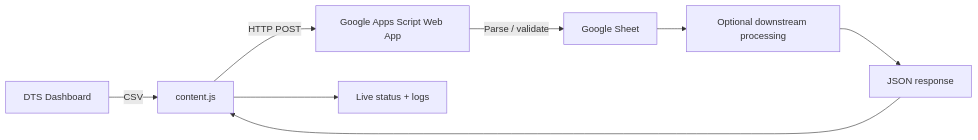
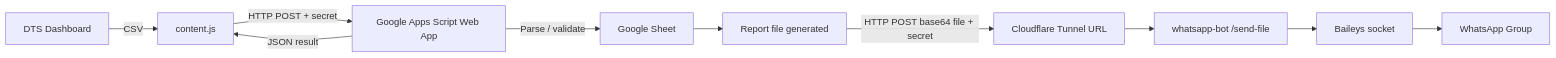
The fourth of 4 diagrams in README.md (sheerazautomate/dtsextension), drawn with Mermaid before and after one commit. The commit also changed other lines of this file, not shown here.

````diff
--- a/README.md
+++ b/README.md
@@ -336,10 +262,12 @@
 ```mermaid
 flowchart LR
     A[DTS Dashboard] -->|CSV| B[content.js]
-    B -->|HTTP POST| C[Google Apps Script Web App]
+    B -->|HTTP POST + secret| C[Google Apps Script Web App]
     C -->|Parse / validate| D[Google Sheet]
-    D --> E[Optional downstream processing]
-    E --> F[JSON response]
-    F --> B
-    B --> G[Live status + logs]
+    D --> E[Report file generated]
+    E -->|HTTP POST base64 file + secret| F[Cloudflare Tunnel URL]
+    F --> G["whatsapp-bot /send-file"]
+    G --> H[Baileys socket]
+    H --> I[WhatsApp Group]
+    C -->|JSON result| B
 ```
````
